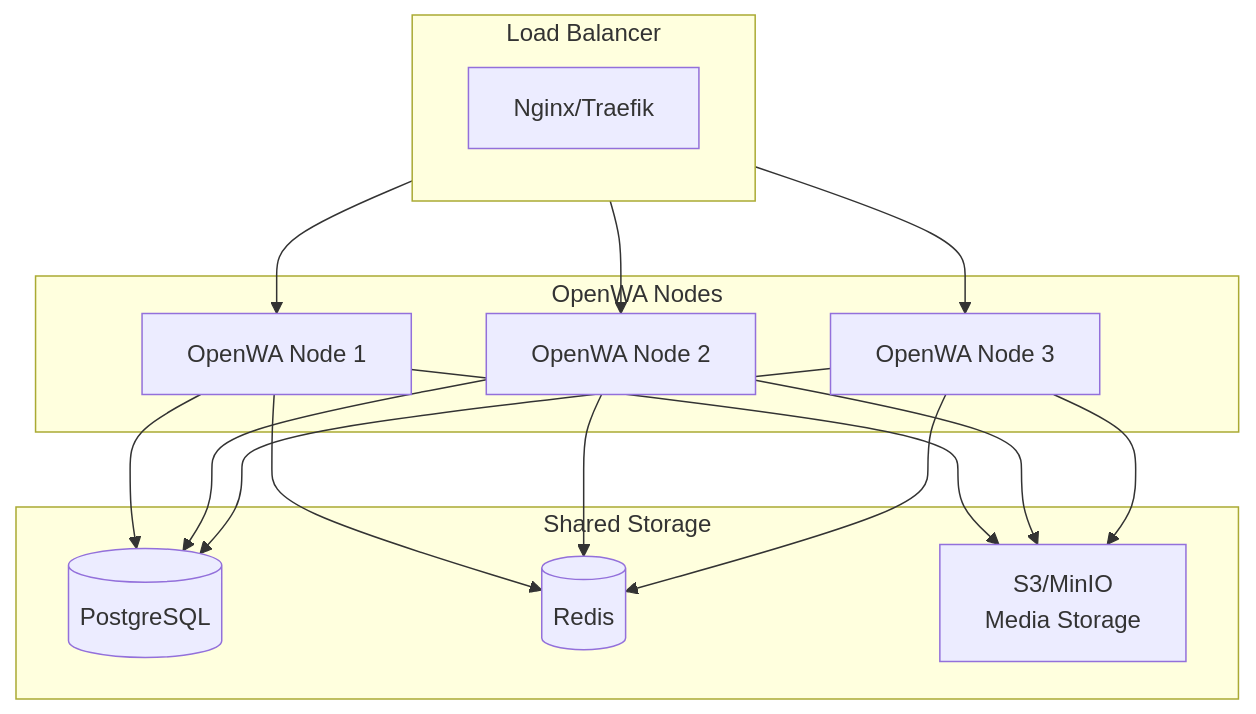
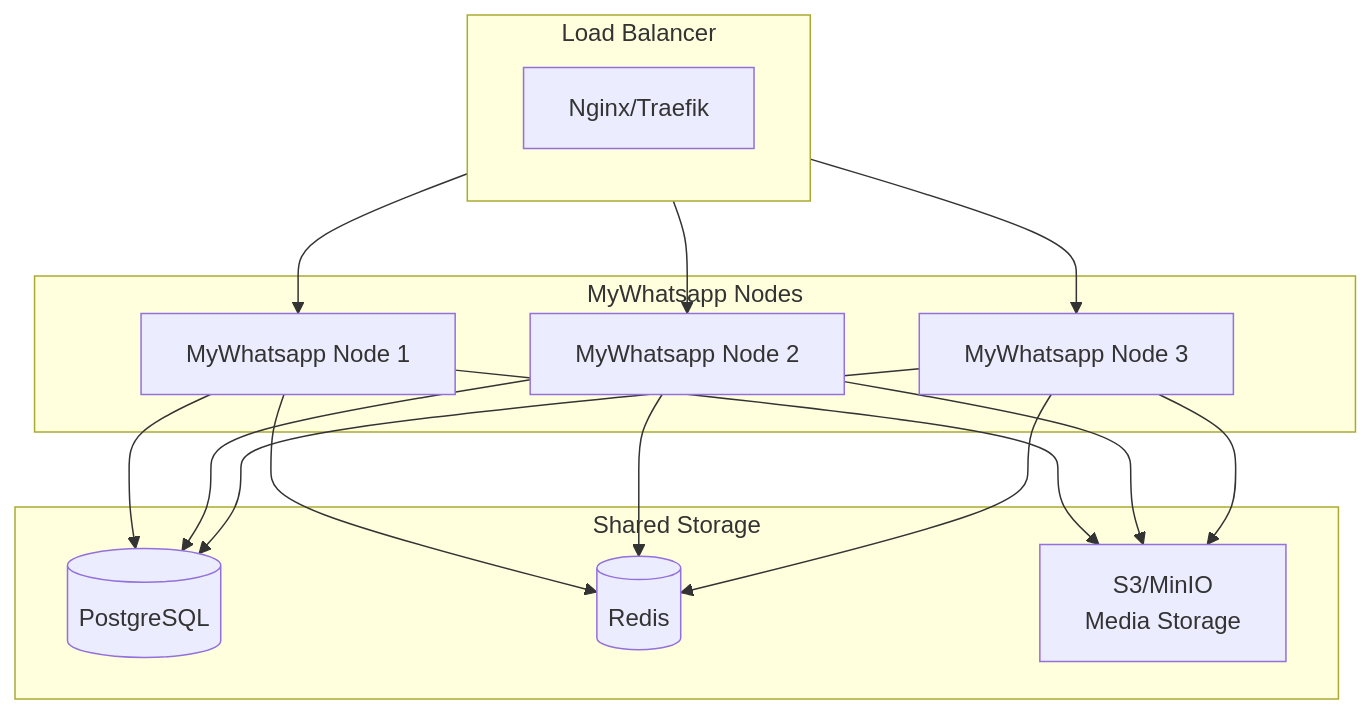
Before and after one commit to Myenum2412/whatsapptool: the diagram in docs/13-horizontal-scaling.md, drawn with Mermaid. The commit also changed other lines of this file and 874 other files, not shown here.

````diff
--- a/docs/13-horizontal-scaling.md
+++ b/docs/13-horizontal-scaling.md
@@ -132,34 +132,34 @@
 ```mermaid
 flowchart TB
     subgraph LB["Load Balancer"]
         NGINX[Nginx/Traefik]
     end
 
-    subgraph Nodes["OpenWA Nodes"]
-        N1[OpenWA Node 1]
-        N2[OpenWA Node 2]
-        N3[OpenWA Node 3]
+    subgraph Nodes["MyWhatsapp Nodes"]
+        N1[MyWhatsapp Node 1]
+        N2[MyWhatsapp Node 2]
+        N3[MyWhatsapp Node 3]
     end
 
     subgraph Storage["Shared Storage"]
         PG[(PostgreSQL)]
         REDIS[(Redis)]
         S3[S3/MinIO<br/>Media Storage]
     end
 
     LB --> N1
     LB --> N2
     LB --> N3
 
     N1 --> PG
     N2 --> PG
     N3 --> PG
 
     N1 --> REDIS
     N2 --> REDIS
     N3 --> REDIS
 
     N1 --> S3
     N2 --> S3
     N3 --> S3
 ```
````
